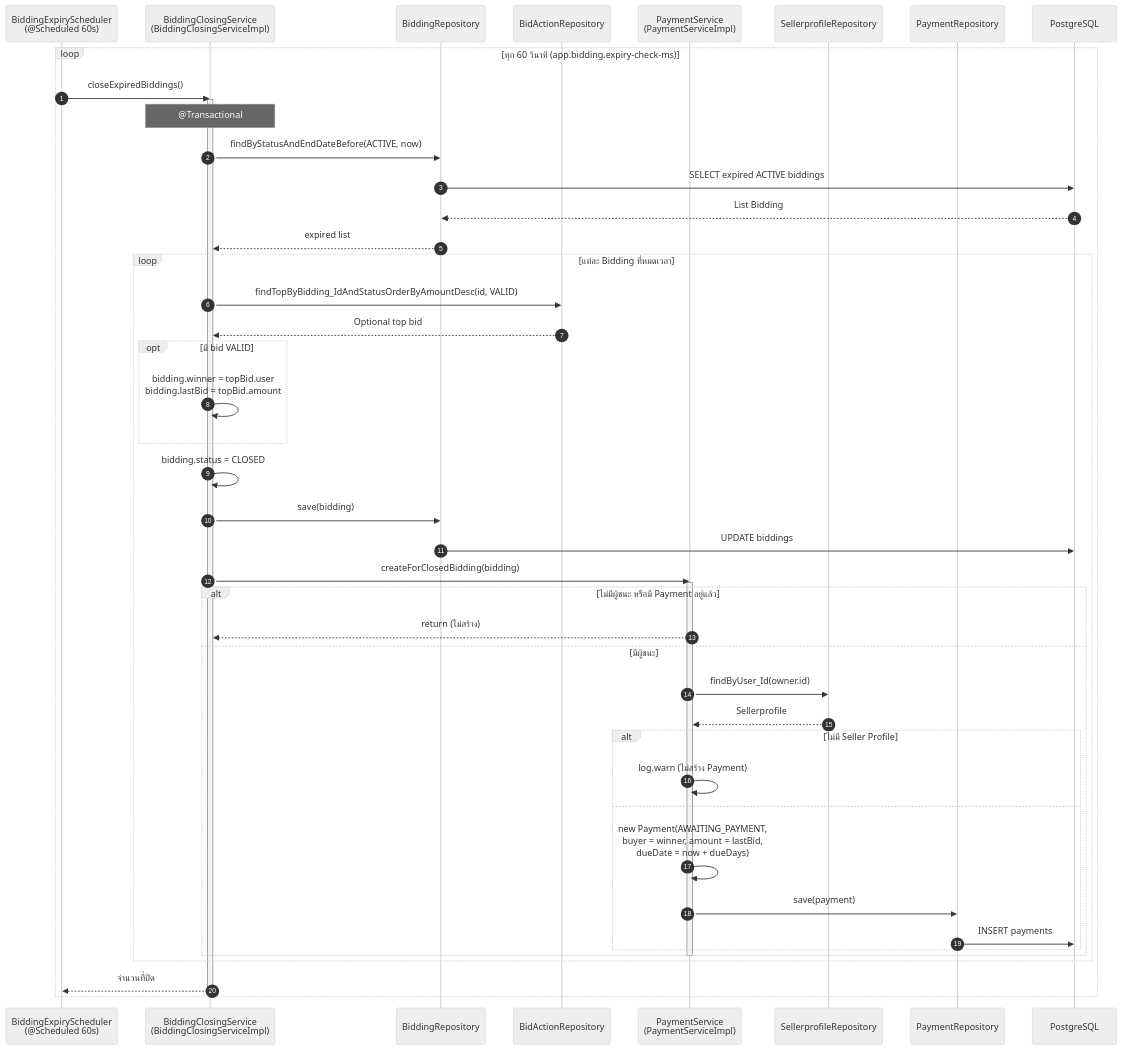
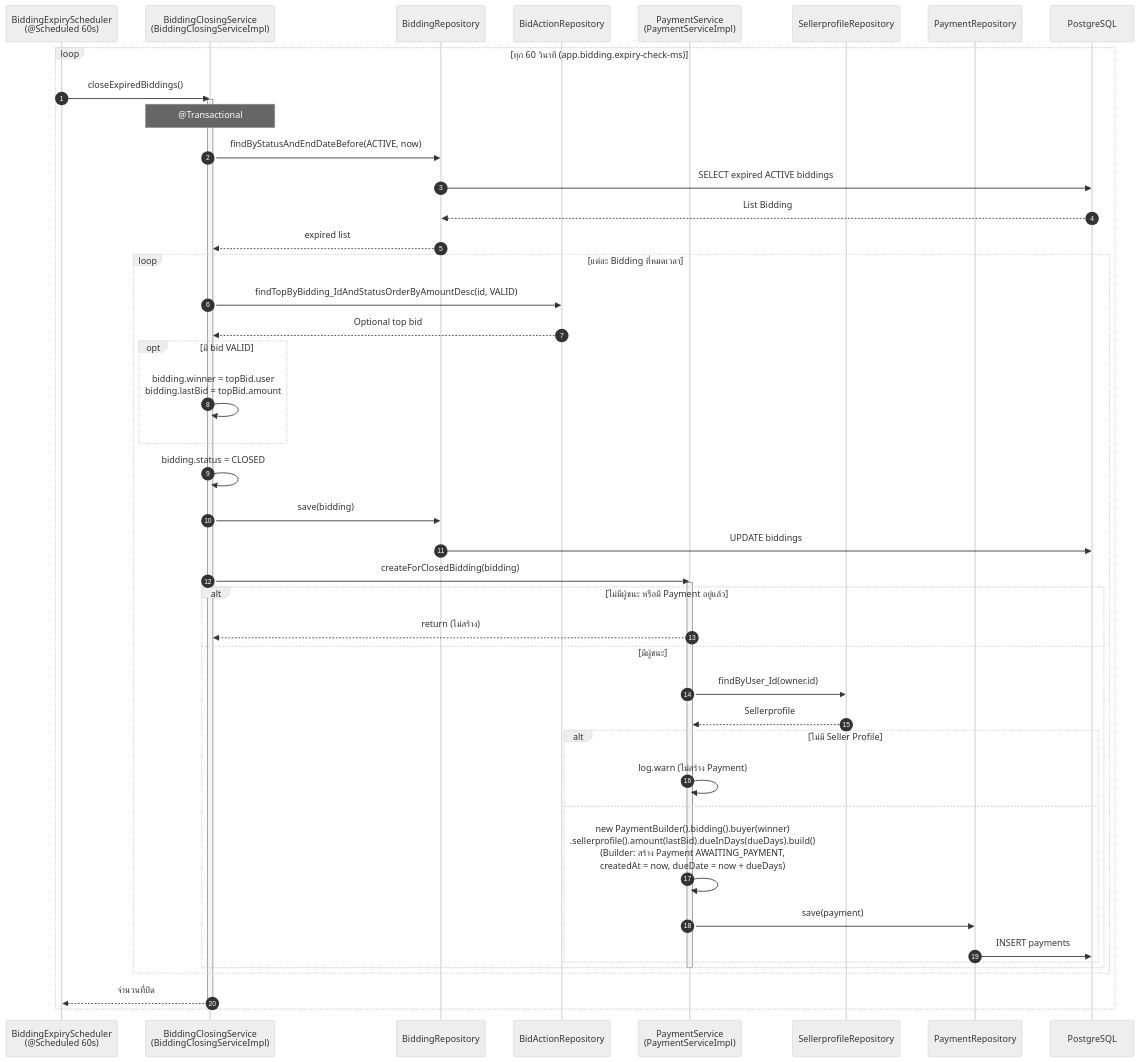
The second of 4 diagrams in doc/diagrams/04-sequence-diagrams.md (DarknineRe/Auction-System), drawn with Mermaid (neutral theme) before and after one commit. The commit also changed other lines of this file and 5 other files, not shown here.

````diff
--- a/doc/diagrams/04-sequence-diagrams.md
+++ b/doc/diagrams/04-sequence-diagrams.md
@@ -79,51 +79,51 @@
 ```mermaid
 sequenceDiagram
     autonumber
     participant Sch as BiddingExpiryScheduler<br/>(@Scheduled 60s)
     participant CS as BiddingClosingService<br/>(BiddingClosingServiceImpl)
     participant BR as BiddingRepository
     participant AR as BidActionRepository
     participant PS as PaymentService<br/>(PaymentServiceImpl)
     participant SPR as SellerprofileRepository
     participant PR as PaymentRepository
     participant DB as PostgreSQL
 
     loop ทุก 60 วินาที (app.bidding.expiry-check-ms)
         Sch->>CS: closeExpiredBiddings()
         activate CS
         Note over CS: @Transactional
         CS->>BR: findByStatusAndEndDateBefore(ACTIVE, now)
         BR->>DB: SELECT expired ACTIVE biddings
         DB-->>BR: List Bidding
         BR-->>CS: expired list
 
         loop แต่ละ Bidding ที่หมดเวลา
             CS->>AR: findTopByBidding_IdAndStatusOrderByAmountDesc(id, VALID)
             AR-->>CS: Optional top bid
             opt มี bid VALID
                 CS->>CS: bidding.winner = topBid.user<br/>bidding.lastBid = topBid.amount
             end
             CS->>CS: bidding.status = CLOSED
             CS->>BR: save(bidding)
             BR->>DB: UPDATE biddings
             CS->>PS: createForClosedBidding(bidding)
             activate PS
             alt ไม่มีผู้ชนะ หรือมี Payment อยู่แล้ว
                 PS-->>CS: return (ไม่สร้าง)
             else มีผู้ชนะ
                 PS->>SPR: findByUser_Id(owner.id)
                 SPR-->>PS: Sellerprofile
                 alt ไม่มี Seller Profile
                     PS->>PS: log.warn (ไม่สร้าง Payment)
                 else
-                    PS->>PS: new Payment(AWAITING_PAYMENT,<br/>buyer = winner, amount = lastBid,<br/>dueDate = now + dueDays)
+                    PS->>PS: new PaymentBuilder().bidding().buyer(winner)<br/>.sellerprofile().amount(lastBid).dueInDays(dueDays).build()<br/>(Builder: สร้าง Payment AWAITING_PAYMENT,<br/>createdAt = now, dueDate = now + dueDays)
                     PS->>PR: save(payment)
                     PR->>DB: INSERT payments
                 end
             end
             deactivate PS
         end
         CS-->>Sch: จำนวนที่ปิด
         deactivate CS
     end
 ```
````
